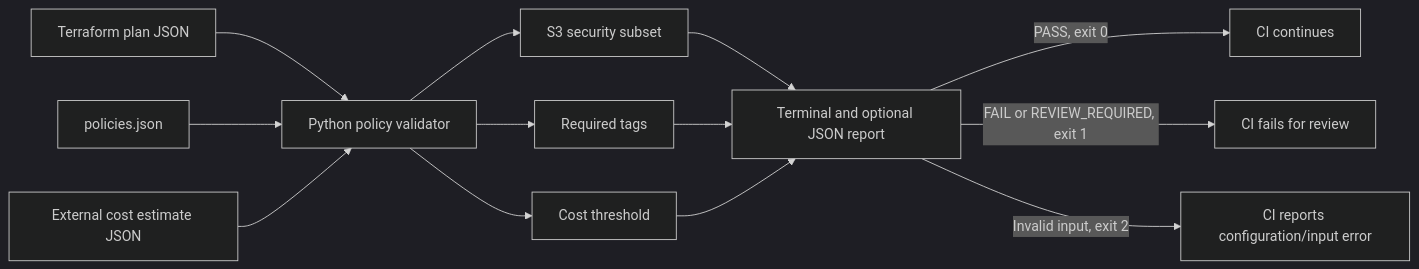
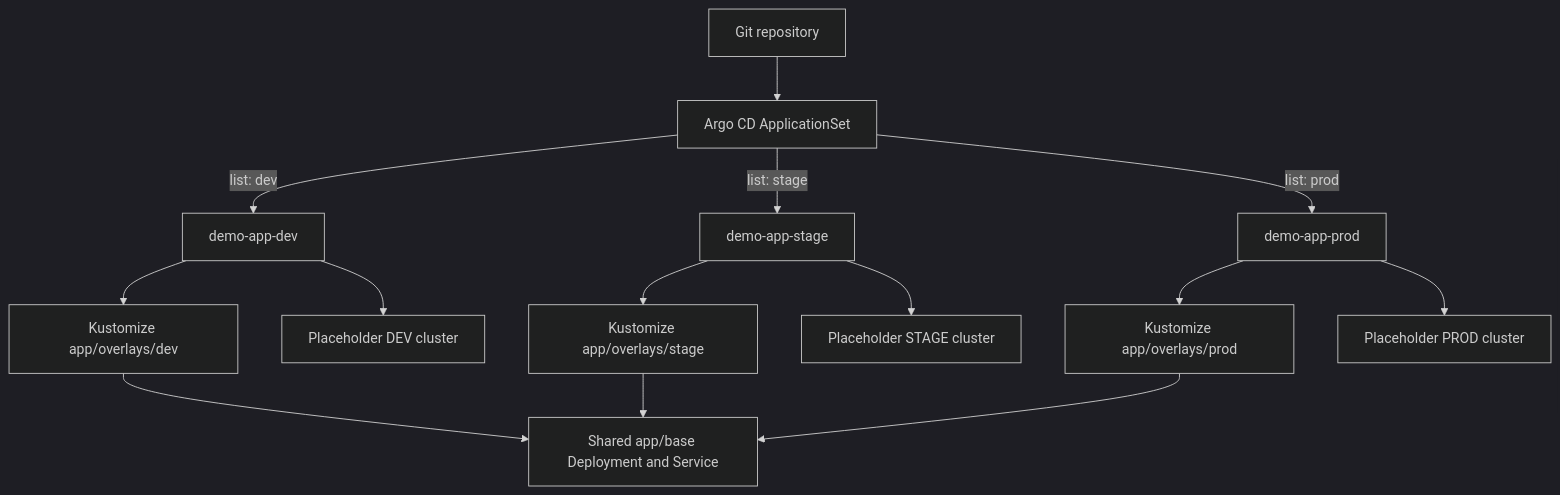
The diagram in README.md (oguduf/coding-clinic), drawn with Mermaid (dark theme) before and after one commit. The commit also changed other lines of this file and 24 other files, not shown here.

Commit message:
Add Argo CD multi-cluster GitOps lab

````diff
--- a/README.md
+++ b/README.md
@@ -17,15 +17,16 @@
 ```mermaid
-flowchart LR
-  Plan[Terraform plan JSON] --> Validator[Python policy validator]
-  Policy[policies.json] --> Validator
-  Estimate[External cost estimate JSON] --> Validator
-  Validator --> S3[S3 security subset]
-  Validator --> Tags[Required tags]
-  Validator --> Cost[Cost threshold]
-  S3 --> Report[Terminal and optional JSON report]
-  Tags --> Report
-  Cost --> Report
-  Report -->|PASS, exit 0| Pass[CI continues]
-  Report -->|FAIL or REVIEW_REQUIRED, exit 1| Stop[CI fails for review]
-  Report -->|Invalid input, exit 2| Error[CI reports configuration/input error]
+flowchart TD
+  Git[Git repository] --> Set[Argo CD ApplicationSet]
+  Set -->|list: dev| Dev[demo-app-dev]
+  Set -->|list: stage| Stage[demo-app-stage]
+  Set -->|list: prod| Prod[demo-app-prod]
+  Dev --> DevK[Kustomize app/overlays/dev]
+  Stage --> StageK[Kustomize app/overlays/stage]
+  Prod --> ProdK[Kustomize app/overlays/prod]
+  DevK --> Base[Shared app/base Deployment and Service]
+  StageK --> Base
+  ProdK --> Base
+  Dev --> C1[Placeholder DEV cluster]
+  Stage --> C2[Placeholder STAGE cluster]
+  Prod --> C3[Placeholder PROD cluster]
 ```
````
